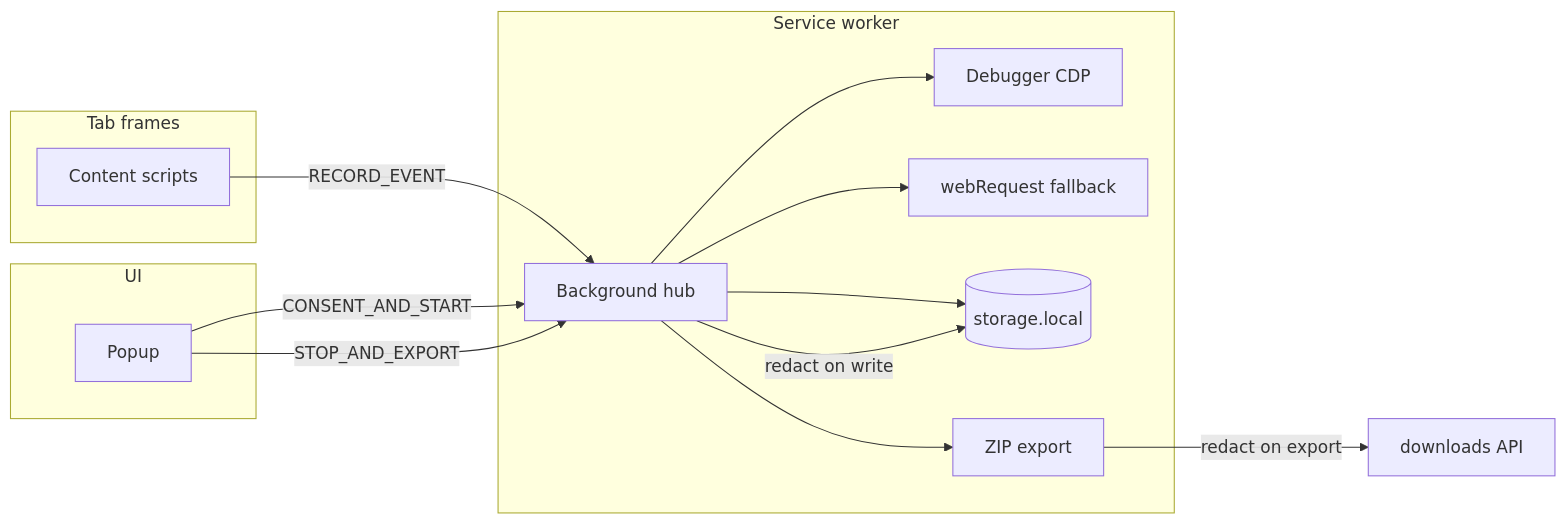
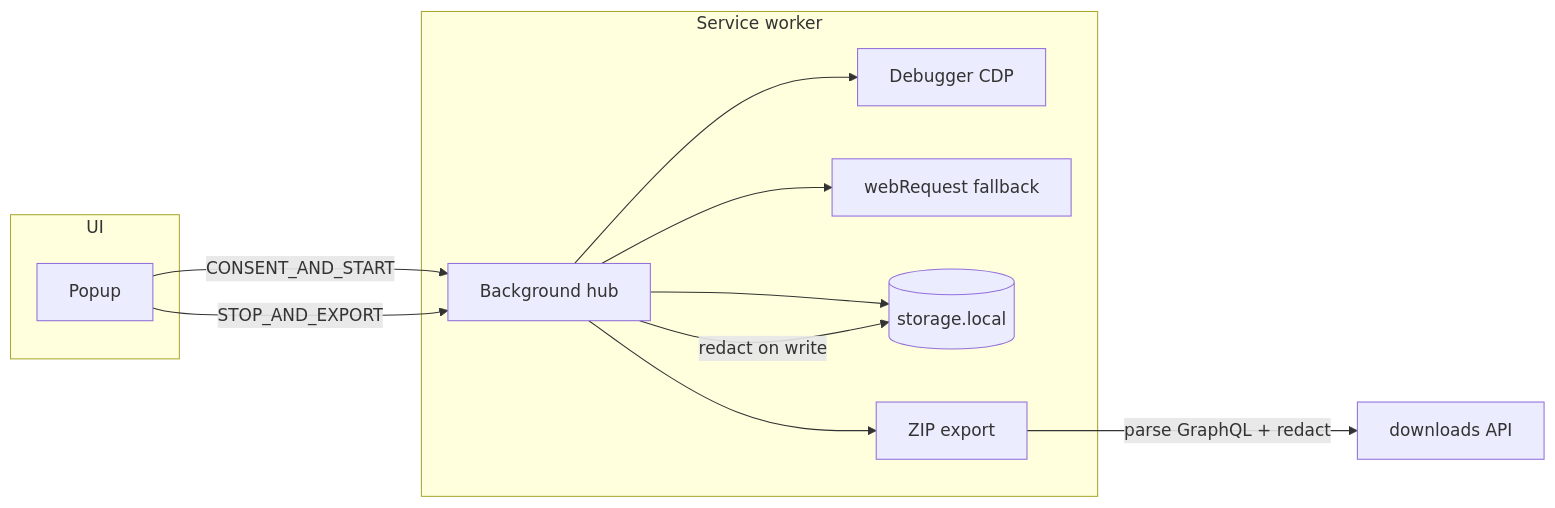
One commit to bryanbeltran/browser-listener changed the diagram in docs/architecture.md. Above: the diagram before and after it, drawn with Mermaid. The commit also changed other lines of this file and 67 other files, not shown here.

````diff
--- a/docs/architecture.md
+++ b/docs/architecture.md
@@ -7,26 +7,22 @@
 ```mermaid
 flowchart LR
   subgraph ui [UI]
     Popup[Popup]
-  end
-  subgraph frames [Tab frames]
-    CS[Content scripts]
   end
   subgraph sw [Service worker]
     BG[Background hub]
     CDP[Debugger CDP]
     WR[webRequest fallback]
     Store[(storage.local)]
     Export[ZIP export]
   end
 
   Popup -->|CONSENT_AND_START| BG
-  CS -->|RECORD_EVENT| BG
   BG --> CDP
   BG --> WR
   BG --> Store
   BG -->|redact on write| Store
   Popup -->|STOP_AND_EXPORT| BG
   BG --> Export
-  Export -->|redact on export| Download[downloads API]
+  Export -->|parse GraphQL + redact| Download[downloads API]
 ```
````
